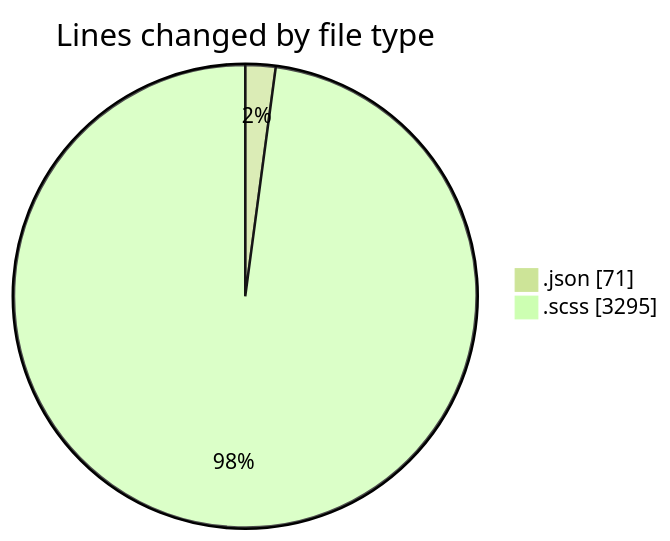
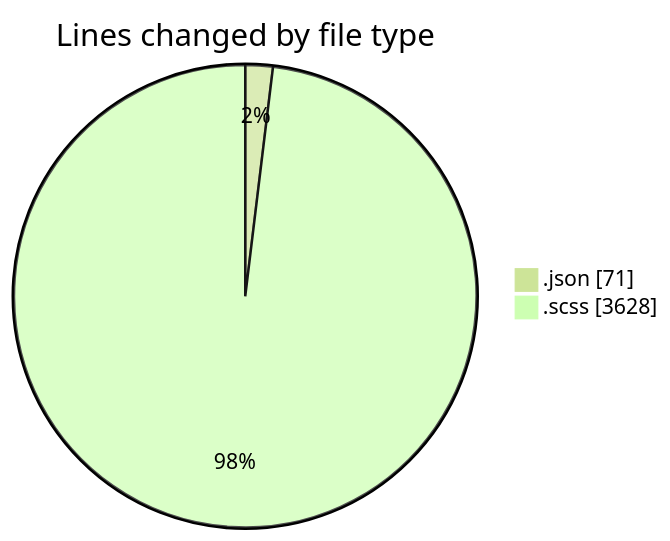
Before and after one commit to momahboobian/code-tracking: the first of 2 diagrams in 2026-01-22/cda/README.md, drawn with Mermaid (forest theme). The commit also changed other lines of this file and 1 other file, not shown here.

````diff
--- a/2026-01-22/cda/README.md
+++ b/2026-01-22/cda/README.md
@@ -40,6 +45,6 @@
 ```mermaid
 pie showData
 title Lines changed by file type
 ".json" : 71
-".scss" : 3295
+".scss" : 3628
 ```
````
